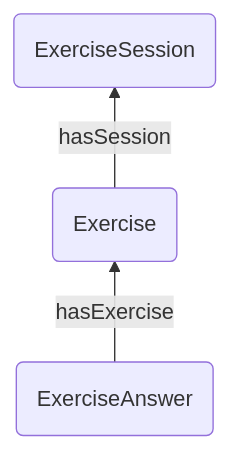
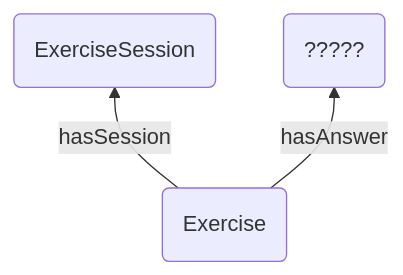
The fifth of 11 diagrams in docs/graph-representation.md (Explik/diybirdyapp), drawn with Mermaid before and after one commit. The commit also changed 20 other files, not shown here.

Commit message:
Reworking persistance of exercise answer  on graph

````diff
--- a/docs/graph-representation.md
+++ b/docs/graph-representation.md
@@ -60,9 +60,9 @@
 ```mermaid
 graph BT
-V1(Exercise)
-V2(ExerciseSession) 
-V3(ExerciseAnswer)
+Exercise(Exercise)
+ExerciseSession(ExerciseSession) 
+ExerciseAnswer(?????)
 
-V1--hasSession-->V2
-V3--hasExercise-->V1
+Exercise--hasSession-->ExerciseSession
+Exercise--hasAnswer-->ExerciseAnswer
 ```
````
